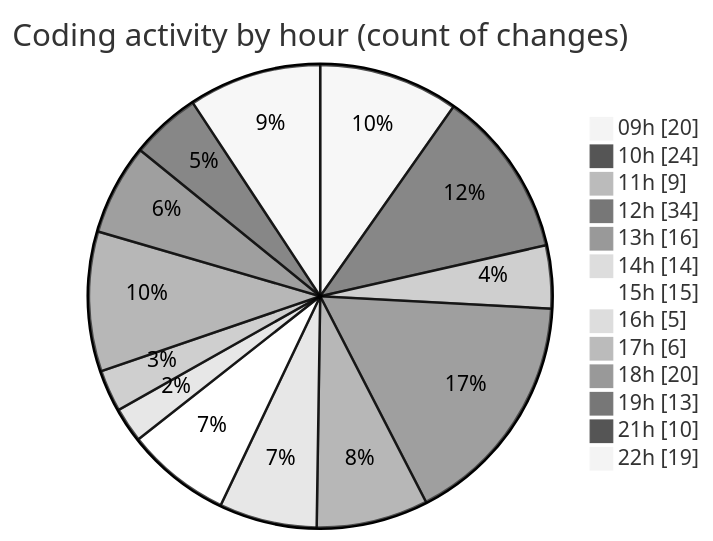
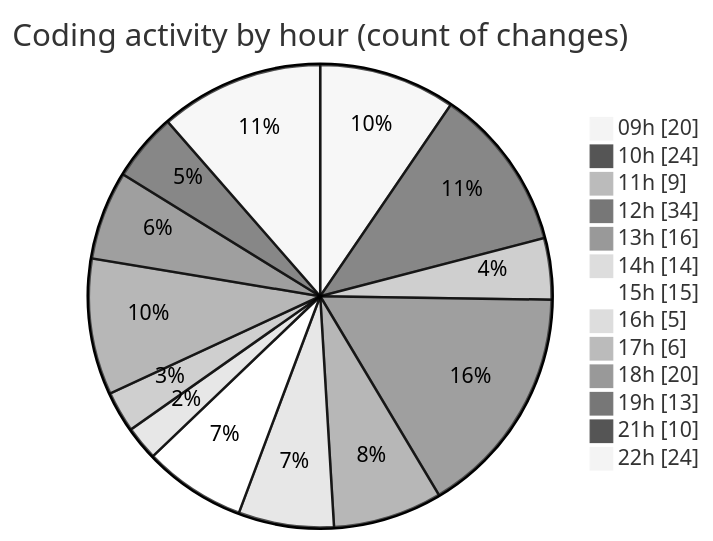
One commit to momahboobian/code-tracking changed the second of 2 diagrams in 2025-05-19/cda/README.md. Above: the diagram before and after it, drawn with Mermaid (neutral theme). The commit also changed other lines of this file and 1 other file, not shown here.

````diff
--- a/2025-05-19/cda/README.md
+++ b/2025-05-19/cda/README.md
@@ -61,17 +61,17 @@
 ```mermaid
 pie showData
 title Coding activity by hour (count of changes)
 "09h" : 20
 "10h" : 24
 "11h" : 9
 "12h" : 34
 "13h" : 16
 "14h" : 14
 "15h" : 15
 "16h" : 5
 "17h" : 6
 "18h" : 20
 "19h" : 13
 "21h" : 10
-"22h" : 19
+"22h" : 24
 ```
````
